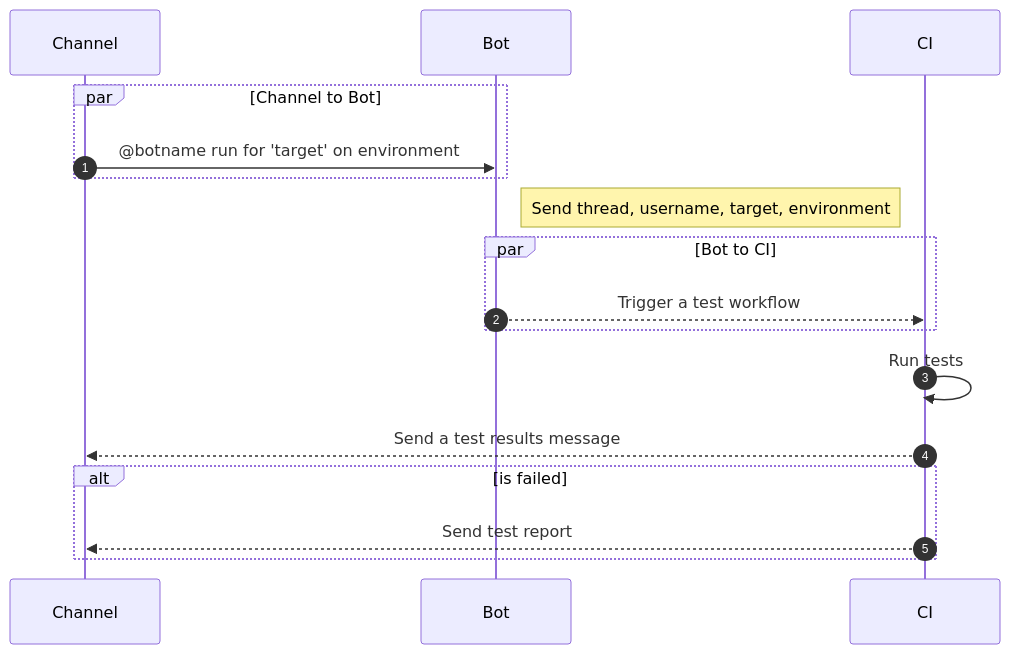
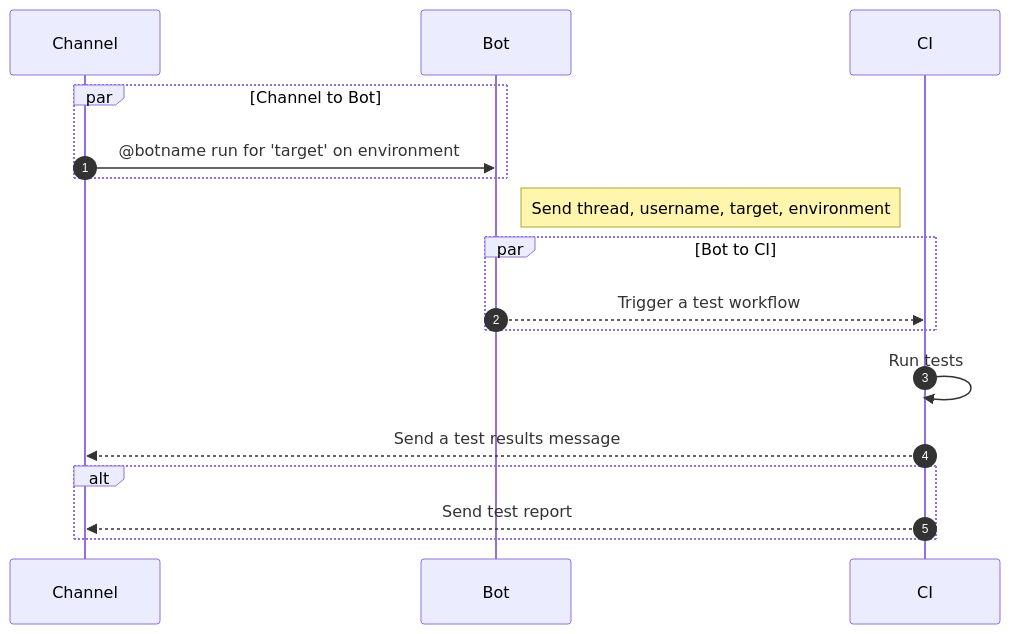
Before and after one commit to bgtestlab/slack-app-test: the diagram in README.md, drawn with Mermaid.

````diff
--- a/README.md
+++ b/README.md
@@ -3,16 +3,16 @@
 ```mermaid
 sequenceDiagram
     autonumber
     par Channel to Bot
         Channel->>Bot: @botname run for 'target' on environment
     end
     Note right of Bot: Send thread, username, target, environment
     par Bot to CI
     Bot-->>CI: Trigger a test workflow
     end
     CI->>CI: Run tests
     CI-->>Channel: Send a test results message
-    alt is failed
-        CI-->>Channel: Send test report
-    end   
+    alt 
+        CI-->>Channel: Send test report 
+    end    
 ```
````
